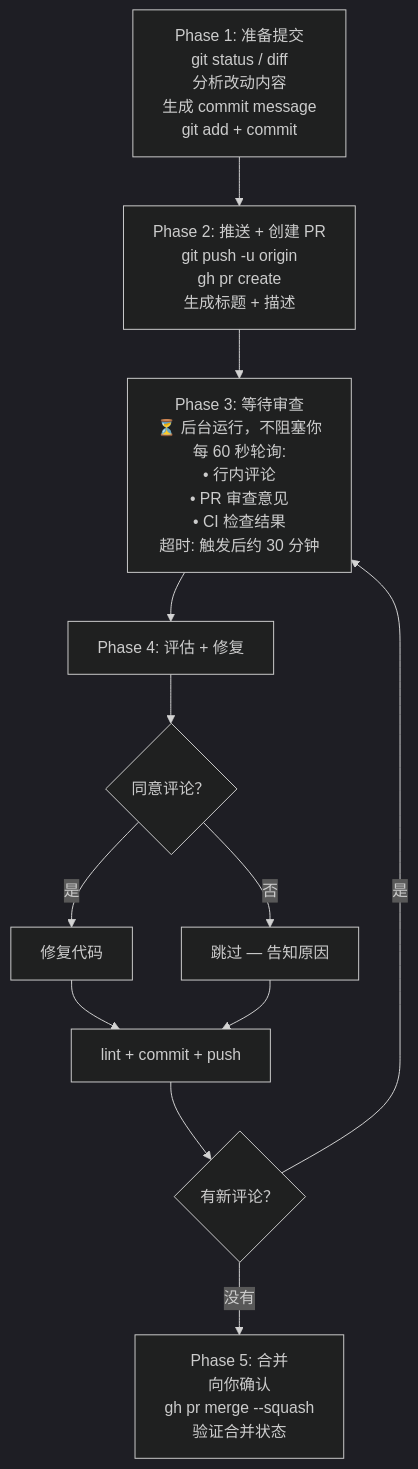
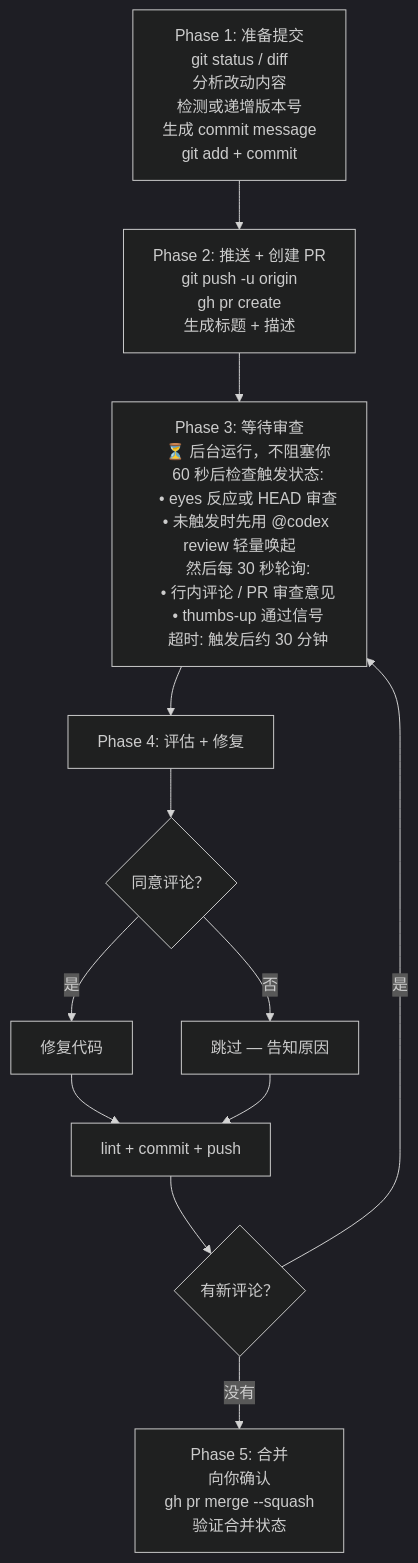
One commit to zytakeshi/create-pr-codex-review changed the second of 2 diagrams in README.zh.md. Above: the diagram before and after it, drawn with Mermaid (dark theme). The commit also changed other lines of this file and 2 other files, not shown here.

Commit message:
docs: refresh current project documentation

````diff
--- a/README.zh.md
+++ b/README.zh.md
@@ -78,34 +81,37 @@
 ```mermaid
 flowchart TD
     A["Phase 1: 准备提交
     git status / diff
     分析改动内容
+    检测或递增版本号
     生成 commit message
     git add + commit"] --> B
 
     B["Phase 2: 推送 + 创建 PR
     git push -u origin
     gh pr create
     生成标题 + 描述"] --> C
 
     C["Phase 3: 等待审查
     ⏳ 后台运行，不阻塞你
-    每 60 秒轮询:
-    • 行内评论
-    • PR 审查意见
-    • CI 检查结果
+    60 秒后检查触发状态:
+    • eyes 反应或 HEAD 审查
+    • 未触发时先用 @codex review 轻量唤起
+    然后每 30 秒轮询:
+    • 行内评论 / PR 审查意见
+    • thumbs-up 通过信号
     超时: 触发后约 30 分钟"] --> D
 
     D["Phase 4: 评估 + 修复"] --> E{同意评论？}
     E -->|是| F[修复代码]
     E -->|否| G[跳过 — 告知原因]
     F --> H[lint + commit + push]
     G --> H
 
     H --> I{有新评论？}
     I -->|是| C
     I -->|没有| J["Phase 5: 合并
     向你确认
     gh pr merge --squash
     验证合并状态"]
 ```
````
